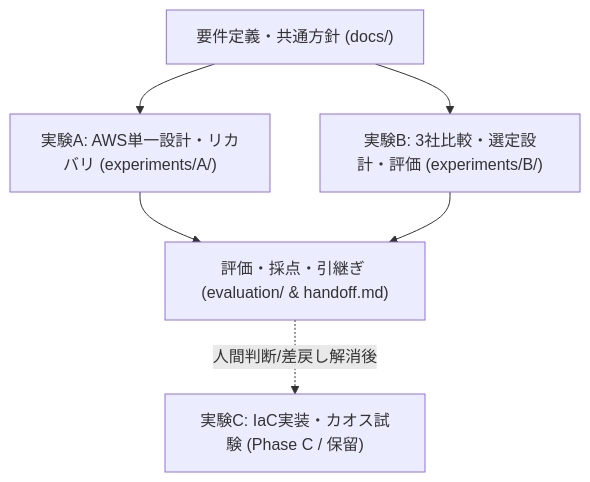
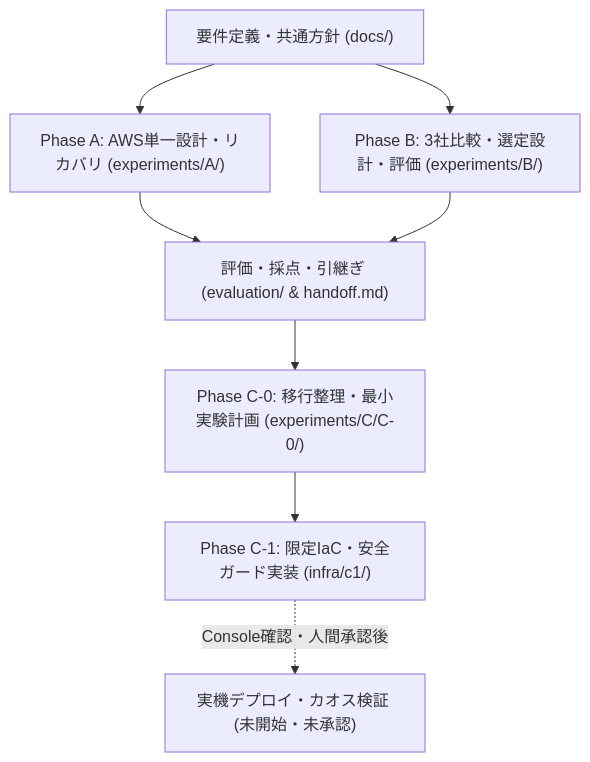
Before and after one commit to moruku36/cloud-validation-level3-astra-light: the first of 4 diagrams in README.md, drawn with Mermaid. The commit also changed other lines of this file, not shown here.

Commit message:
docs: add Phase C quickstart, update architecture flow, and complete document map

````diff
--- a/README.md
+++ b/README.md
@@ -49,8 +49,10 @@
 ```mermaid
 flowchart TD
-    Req["要件定義・共通方針 (docs/)"] --> ExpA["実験A: AWS単一設計・リカバリ (experiments/A/)"]
-    Req --> ExpB["実験B: 3社比較・選定設計・評価 (experiments/B/)"]
+    Req["要件定義・共通方針 (docs/)"] --> ExpA["Phase A: AWS単一設計・リカバリ (experiments/A/)"]
+    Req --> ExpB["Phase B: 3社比較・選定設計・評価 (experiments/B/)"]
     ExpA --> Eval["評価・採点・引継ぎ (evaluation/ & handoff.md)"]
     ExpB --> Eval
-    Eval -.->|人間判断/差戻し解消後| ExpC["実験C: IaC実装・カオス試験 (Phase C / 保留)"]
+    Eval --> ExpC0["Phase C-0: 移行整理・最小実験計画 (experiments/C/C-0/)"]
+    ExpC0 --> ExpC1["Phase C-1: 限定IaC・安全ガード実装 (infra/c1/)"]
+    ExpC1 -.->|Console確認・人間承認後| LiveC["実機デプロイ・カオス検証 (未開始・未承認)"]
 ```
````
